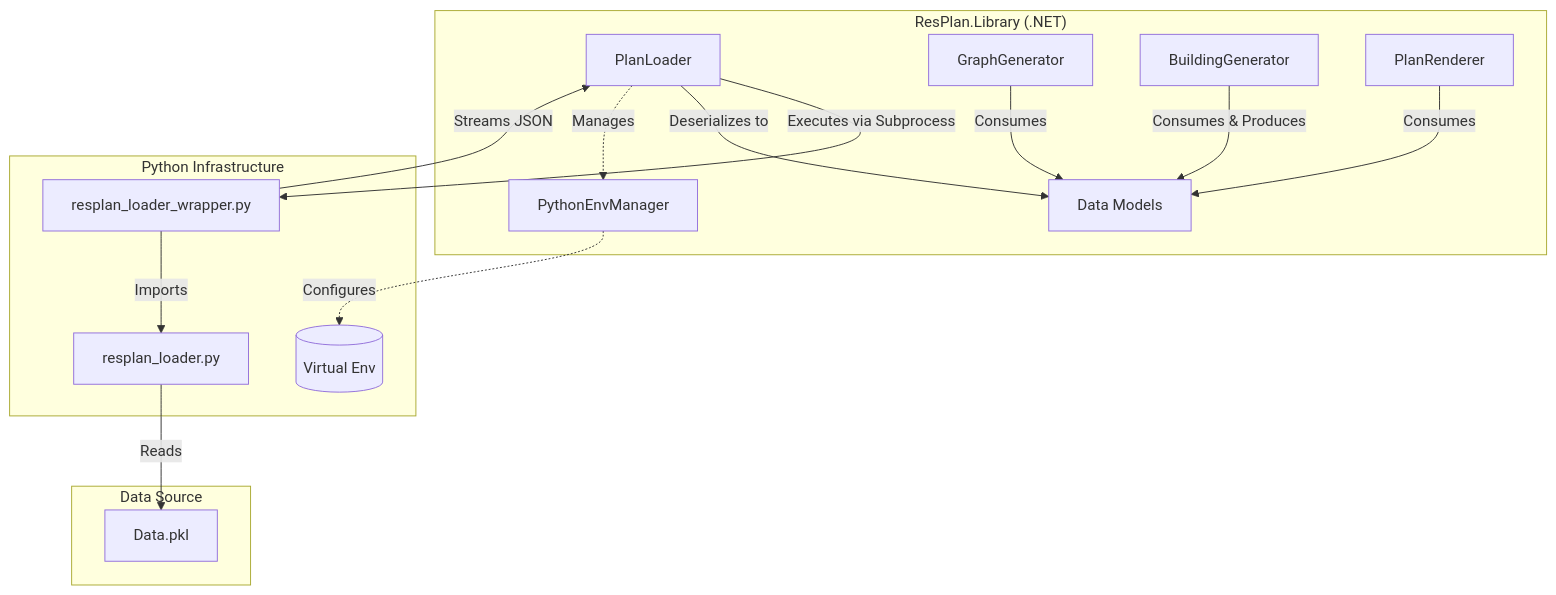
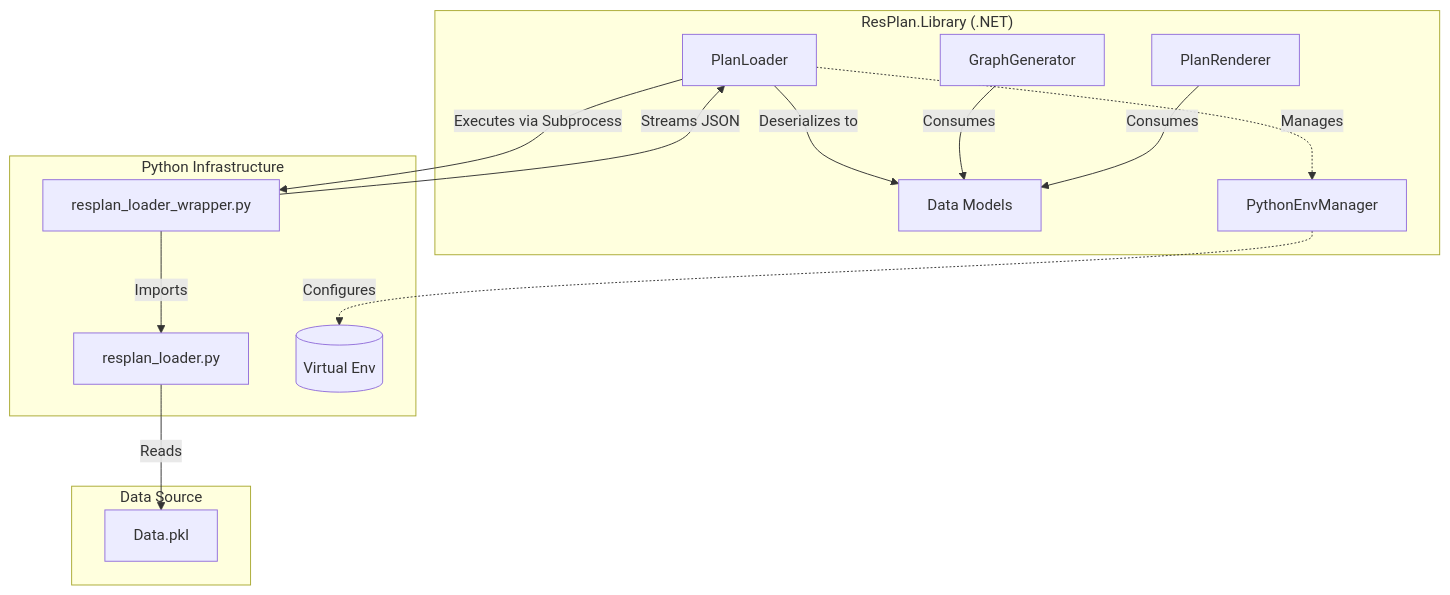
One commit to Xyrces/resPlan.NET changed the first of 3 diagrams in DOCUMENTATION.md. Above: the diagram before and after it, drawn with Mermaid. The commit also changed other lines of this file and 4 other files, not shown here.

````diff
--- a/DOCUMENTATION.md
+++ b/DOCUMENTATION.md
@@ -9,32 +9,30 @@
 ```mermaid
 graph TD
     subgraph DotNet ["ResPlan.Library (.NET)"]
         PL[PlanLoader]
         GG[GraphGenerator]
-        BG[BuildingGenerator]
         PR[PlanRenderer]
         Models[Data Models]
         PEM[PythonEnvManager]
     end
 
     subgraph Python ["Python Infrastructure"]
         Wrapper[resplan_loader_wrapper.py]
         Loader[resplan_loader.py]
         Venv[(Virtual Env)]
     end
 
     subgraph DataSource ["Data Source"]
         Pkl[Data.pkl]
     end
 
     PL -->|Executes via Subprocess| Wrapper
     Wrapper -->|Imports| Loader
     Loader -->|Reads| Pkl
     Wrapper -->|Streams JSON| PL
     PL -->|Deserializes to| Models
     GG -->|Consumes| Models
-    BG -->|Consumes & Produces| Models
     PR -->|Consumes| Models
     PL -.->|Manages| PEM
     PEM -.->|Configures| Venv
 ```
````
